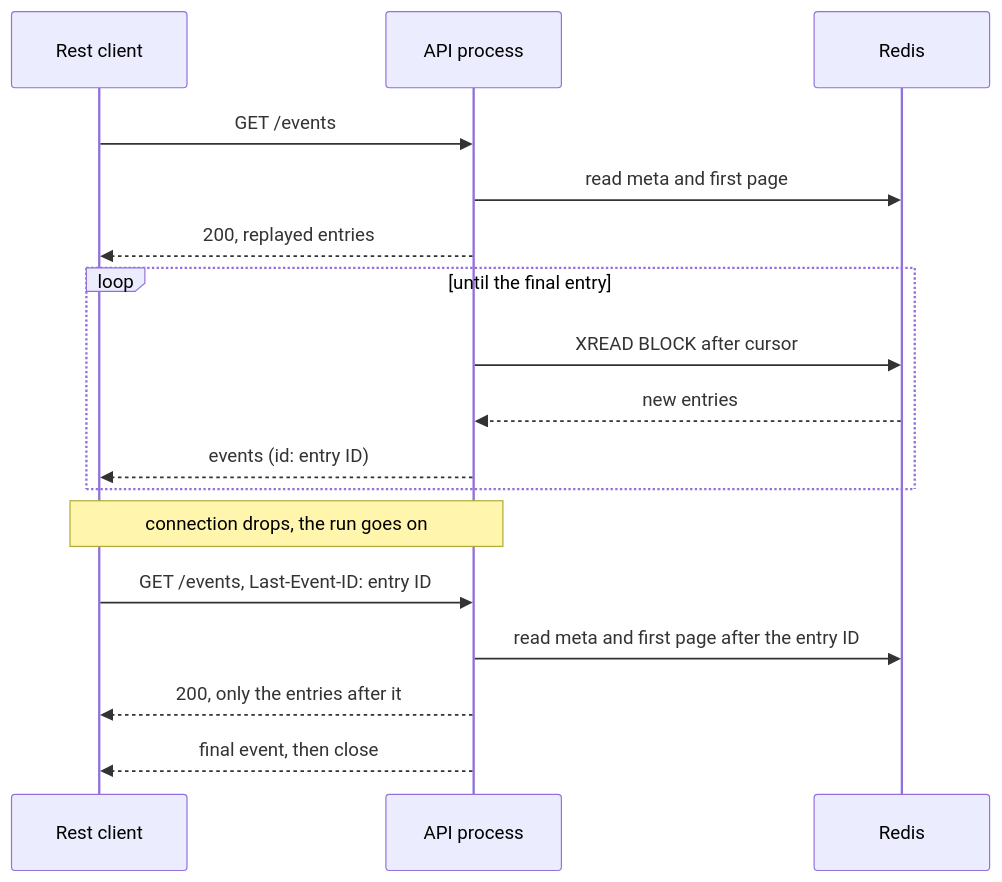
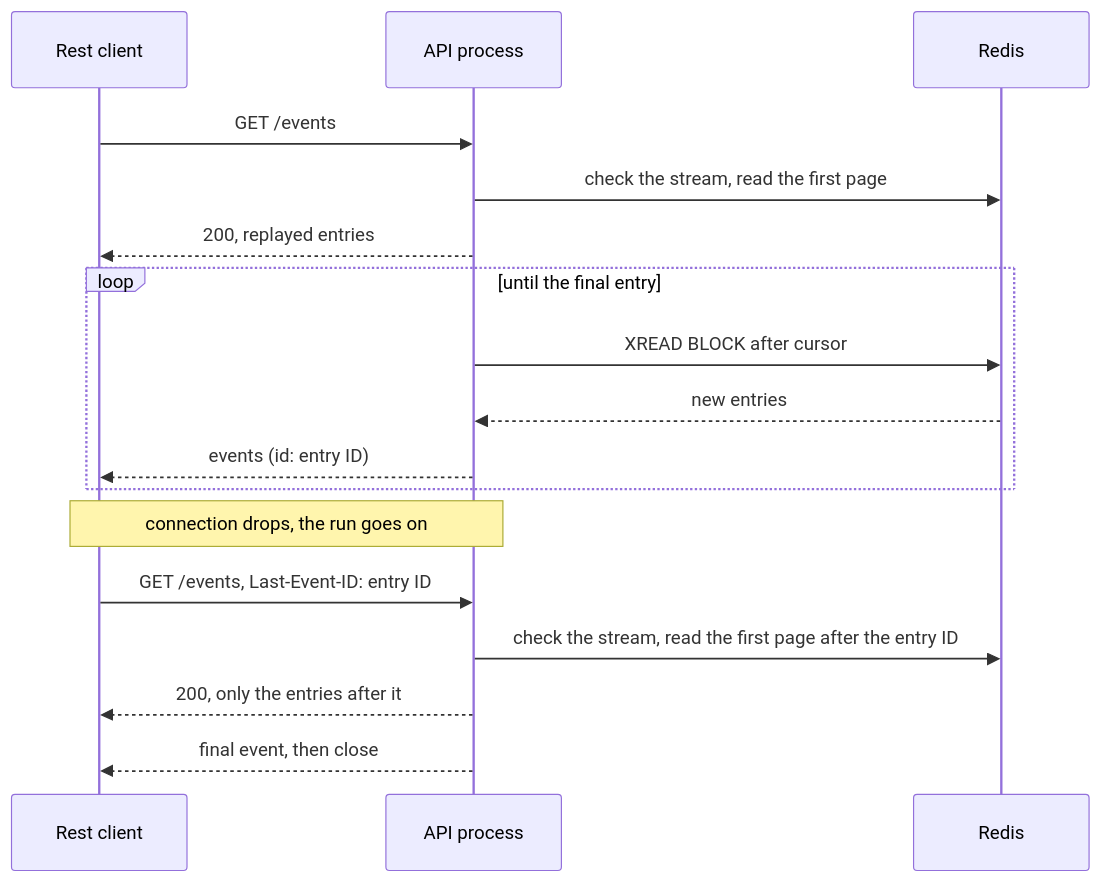
One commit to redis/fastapi-redis-sdk changed the fourth of 4 diagrams in docs/guide/architecture.md. Above: the diagram before and after it, drawn with Mermaid. The commit also changed other lines of this file and 24 other files, not shown here.

````diff
--- a/docs/guide/architecture.md
+++ b/docs/guide/architecture.md
@@ -673,21 +678,21 @@
 ```mermaid
 sequenceDiagram
     participant B as Rest client
     participant A as API process
     participant R as Redis
 
     B->>A: GET /events
-    A->>R: read meta and first page
+    A->>R: check the stream, read the first page
     A-->>B: 200, replayed entries
     loop until the final entry
         A->>R: XREAD BLOCK after cursor
         R-->>A: new entries
         A-->>B: events (id: entry ID)
     end
 
     Note over B,A: connection drops, the run goes on
     B->>A: GET /events, Last-Event-ID: entry ID
-    A->>R: read meta and first page after the entry ID
+    A->>R: check the stream, read the first page after the entry ID
     A-->>B: 200, only the entries after it
     A-->>B: final event, then close
 ```
````
